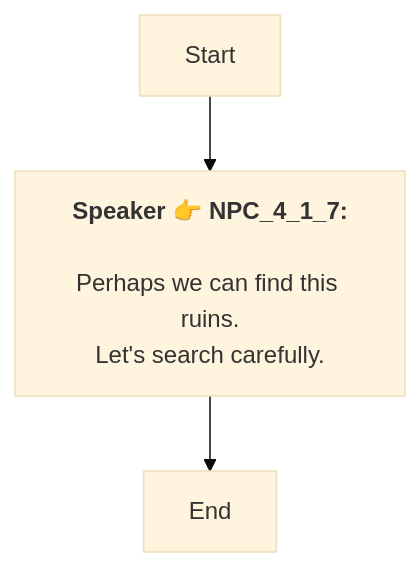
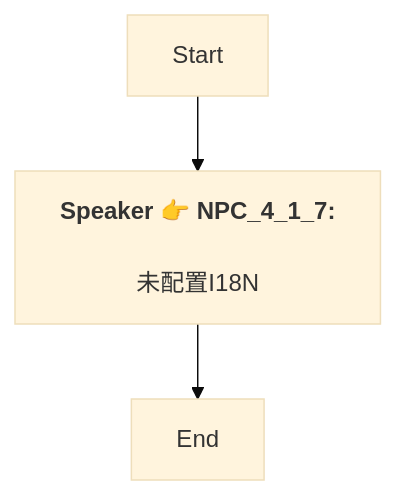
One commit to SoftHu/tos_avg changed the diagram in Zh/QuestApproachDialogNode_1773671327358264.md. Above: the diagram before and after it, drawn with Mermaid (base theme). The commit also changed 730 other files, not shown here.

````diff
--- a/Zh/QuestApproachDialogNode_1773671327358264.md
+++ b/Zh/QuestApproachDialogNode_1773671327358264.md
@@ -1,8 +1,7 @@
 ```mermaid
 graph
 Start -->1773672681088313[<b>Speaker 👉 NPC_4_1_7:</b>
-\nPerhaps we can find this ruins.
-Let's search carefully.]
+\n未配置I18N]
 1773672681088313 -->1773671482598716[End]
 
 ```
````
